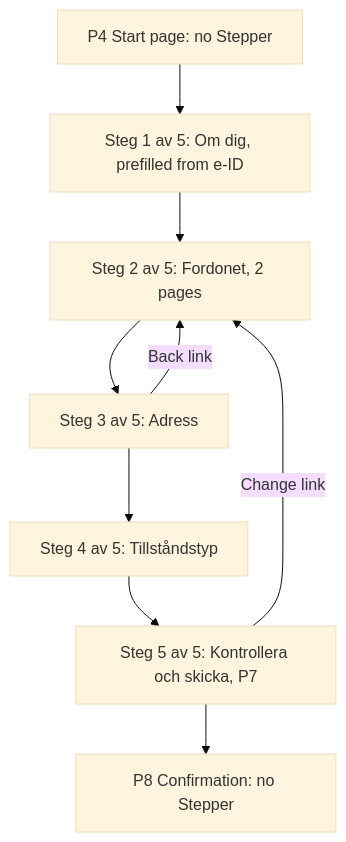
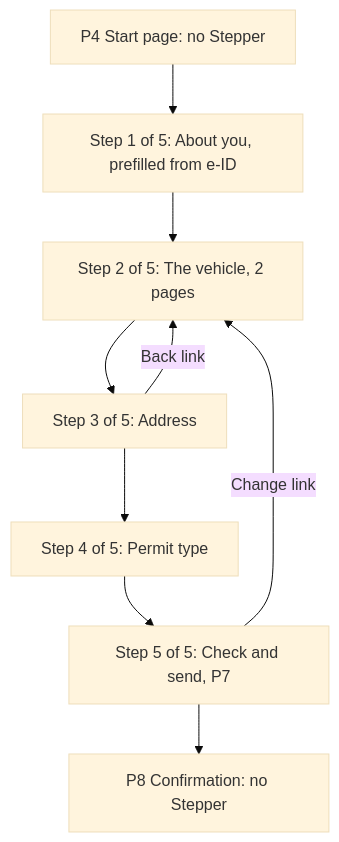
Before and after one commit to kvirn/ui: the diagram in docs/design/stepper.md, drawn with Mermaid (base theme). The commit also changed other lines of this file and 439 other files, not shown here.

````diff
--- a/docs/design/stepper.md
+++ b/docs/design/stepper.md
@@ -36,9 +36,9 @@
 ```mermaid
 flowchart TD
-  start[P4 Start page: no Stepper] --> s1[Steg 1 av 5: Om dig, prefilled from e-ID]
-  s1 --> s2[Steg 2 av 5: Fordonet, 2 pages]
-  s2 --> s3[Steg 3 av 5: Adress] --> s4[Steg 4 av 5: Tillståndstyp]
-  s4 --> s5[Steg 5 av 5: Kontrollera och skicka, P7] --> done[P8 Confirmation: no Stepper]
+  start[P4 Start page: no Stepper] --> s1[Step 1 of 5: About you, prefilled from e-ID]
+  s1 --> s2[Step 2 of 5: The vehicle, 2 pages]
+  s2 --> s3[Step 3 of 5: Address] --> s4[Step 4 of 5: Permit type]
+  s4 --> s5[Step 5 of 5: Check and send, P7] --> done[P8 Confirmation: no Stepper]
   s3 -- Back link --> s2
   s5 -- Change link --> s2
 ```
````
